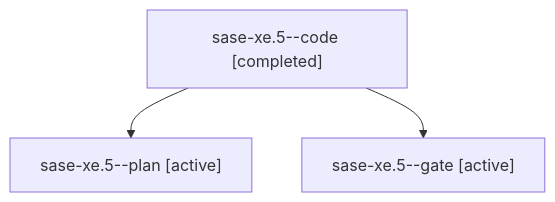
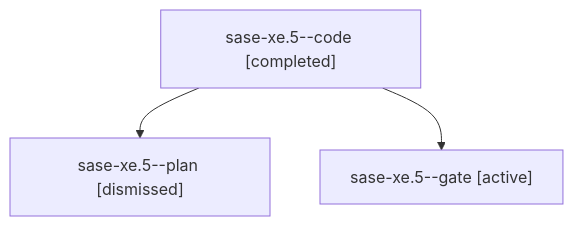
One commit to sase-org/sase--agents changed the diagram in sessions/bbugyi200.athena.sase-xe.5.md. Above: the diagram before and after it, drawn with Mermaid. The commit also changed other lines of this file and 277 other files, not shown here.

````diff
--- a/sessions/bbugyi200.athena.sase-xe.5.md
+++ b/sessions/bbugyi200.athena.sase-xe.5.md
@@ -9,8 +9,8 @@
 ```mermaid
 flowchart TD
   n0["sase-xe.5--code [completed]"]
-  n1["sase-xe.5--plan [active]"]
+  n1["sase-xe.5--plan [dismissed]"]
   n0 --> n1
   n2["sase-xe.5--gate [active]"]
   n0 --> n2
 ```
````
